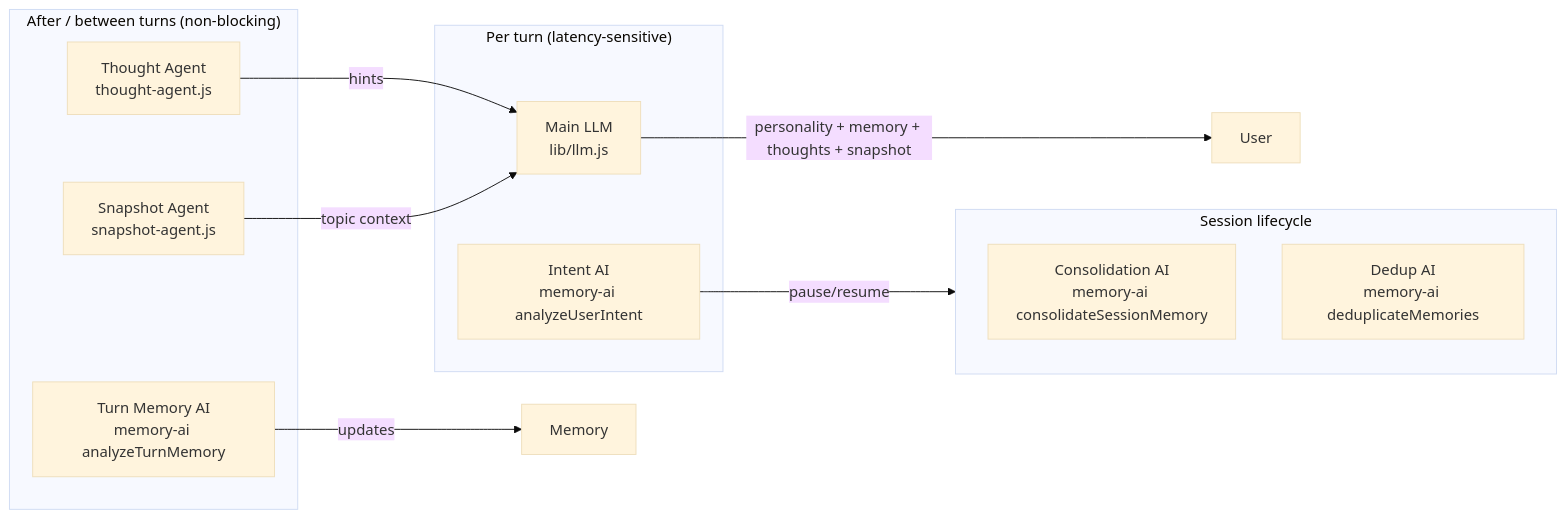
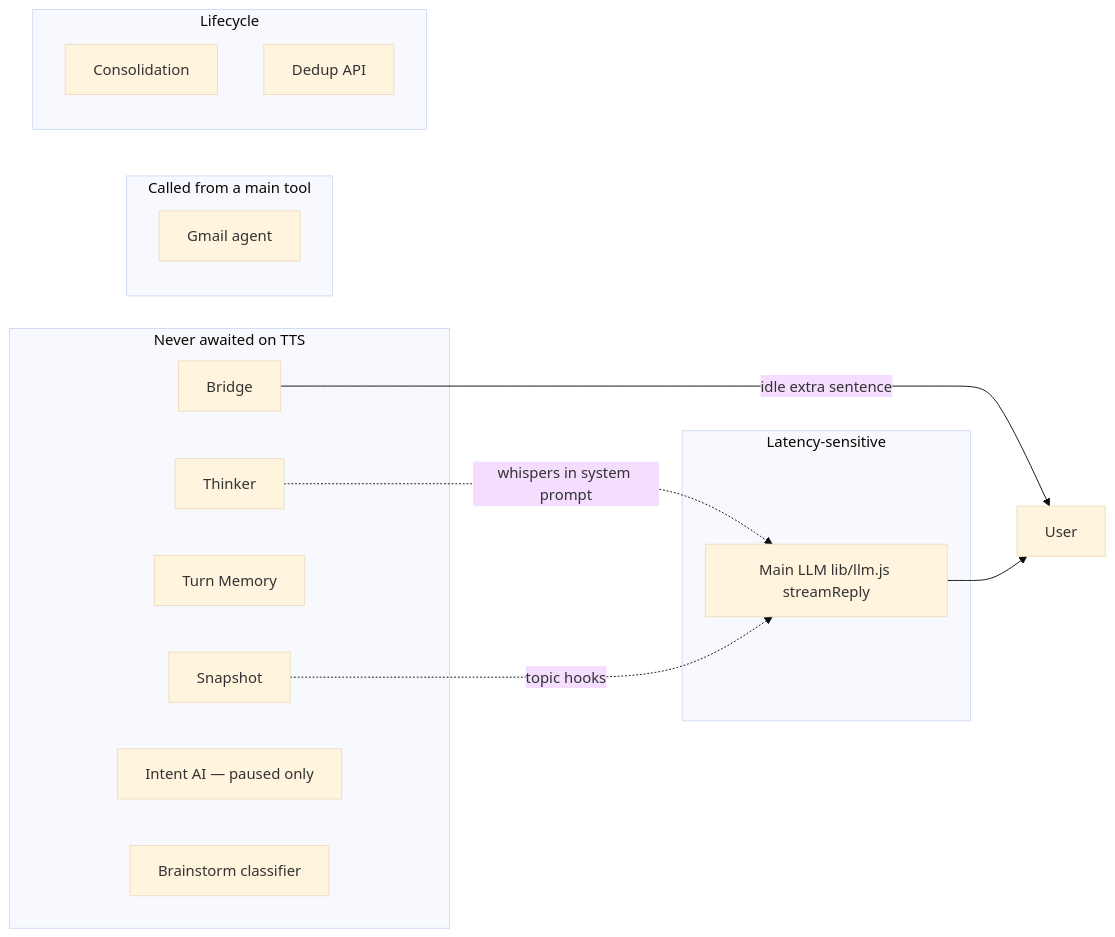
One commit to Nttajm/June changed the second of 2 diagrams in Architecture.md. Above: the diagram before and after it, drawn with Mermaid (base theme). The commit also changed other lines of this file and 52 other files, not shown here.

````diff
--- a/Architecture.md
+++ b/Architecture.md
@@ -324,24 +281,25 @@
 ```mermaid
 flowchart LR
-  subgraph Realtime["Per turn (latency-sensitive)"]
-    Main[Main LLM<br/>lib/llm.js]
-    Intent[Intent AI<br/>memory-ai analyzeUserIntent]
+  subgraph Voice["Latency-sensitive"]
+    Main[Main LLM lib/llm.js streamReply]
   end
-
-  subgraph Async["After / between turns (non-blocking)"]
-    TurnMem[Turn Memory AI<br/>memory-ai analyzeTurnMemory]
-    Thought[Thought Agent<br/>thought-agent.js]
-    Snapshot[Snapshot Agent<br/>snapshot-agent.js]
+  subgraph Async["Never awaited on TTS"]
+    Thinker[Thinker]
+    Snapshot[Snapshot]
+    MemTurn[Turn Memory]
+    Bridge[Bridge]
+    Intent[Intent AI — paused only]
+    BrainC[Brainstorm classifier]
   end
-
-  subgraph Session["Session lifecycle"]
-    Consolidate[Consolidation AI<br/>memory-ai consolidateSessionMemory]
-    Dedupe[Dedup AI<br/>memory-ai deduplicateMemories]
+  subgraph Nested["Called from a main tool"]
+    GmailA[Gmail agent]
   end
-
-  Main -->|"personality + memory + thoughts + snapshot"| User
-  Intent -->|"pause/resume"| Session
-  TurnMem -->|"updates"| Memory
-  Thought -->|"hints"| Main
-  Snapshot -->|"topic context"| Main
+  subgraph Lifecycle
+    Consol[Consolidation]
+    Dedupe[Dedup API]
+  end
+  Thinker -.->|whispers in system prompt| Main
+  Snapshot -.->|topic hooks| Main
+  Bridge -->|idle extra sentence| User
+  Main --> User
 ```
````
